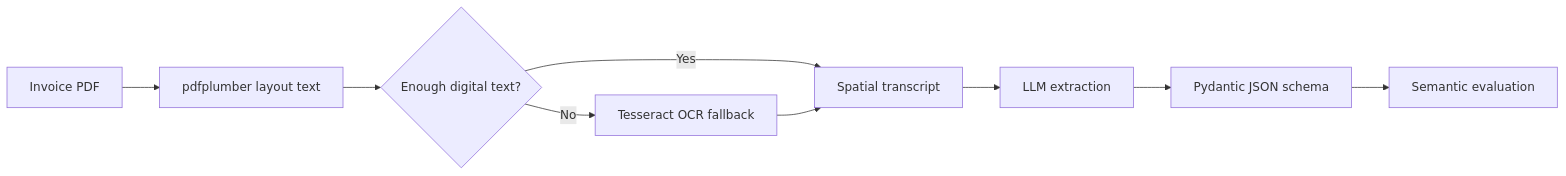
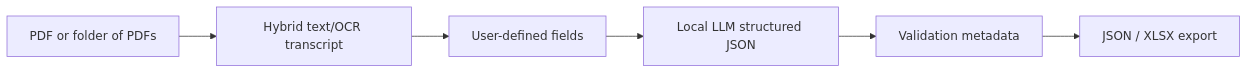
One commit to sanjayg96/local_invoice_intelligence changed the diagram in README.md. Above: the diagram before and after it, drawn with Mermaid. The commit also changed other lines of this file and 44 other files, not shown here.

````diff
--- a/README.md
+++ b/README.md
@@ -55,11 +11,8 @@
 ```mermaid
 flowchart LR
-    A["Invoice PDF"] --> B["pdfplumber layout text"]
-    B --> C{"Enough digital text?"}
-    C -- "Yes" --> E["Spatial transcript"]
-    C -- "No" --> D["Tesseract OCR fallback"]
-    D --> E
-    E --> F["LLM extraction"]
-    F --> G["Pydantic JSON schema"]
-    G --> H["Semantic evaluation"]
+    A["PDF or folder of PDFs"] --> B["Hybrid text/OCR transcript"]
+    B --> C["User-defined fields"]
+    C --> D["Local LLM structured JSON"]
+    D --> E["Validation metadata"]
+    E --> F["JSON / XLSX export"]
 ```
````
